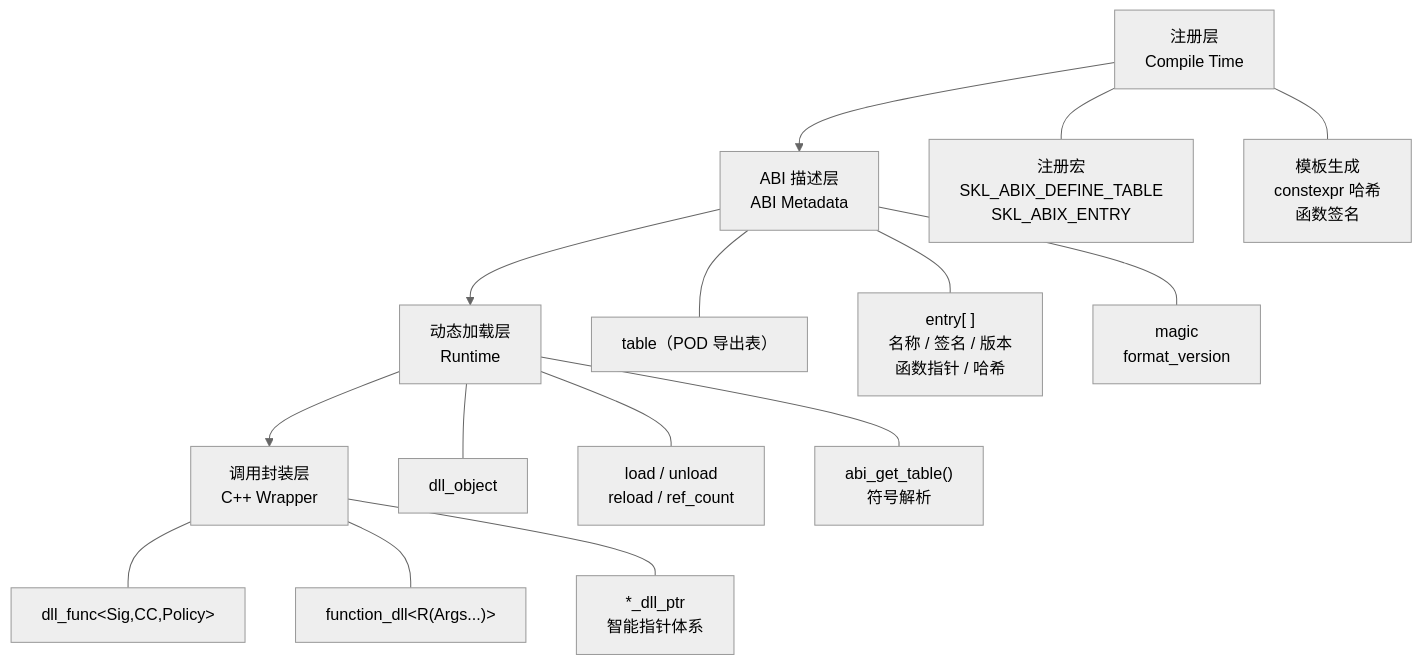
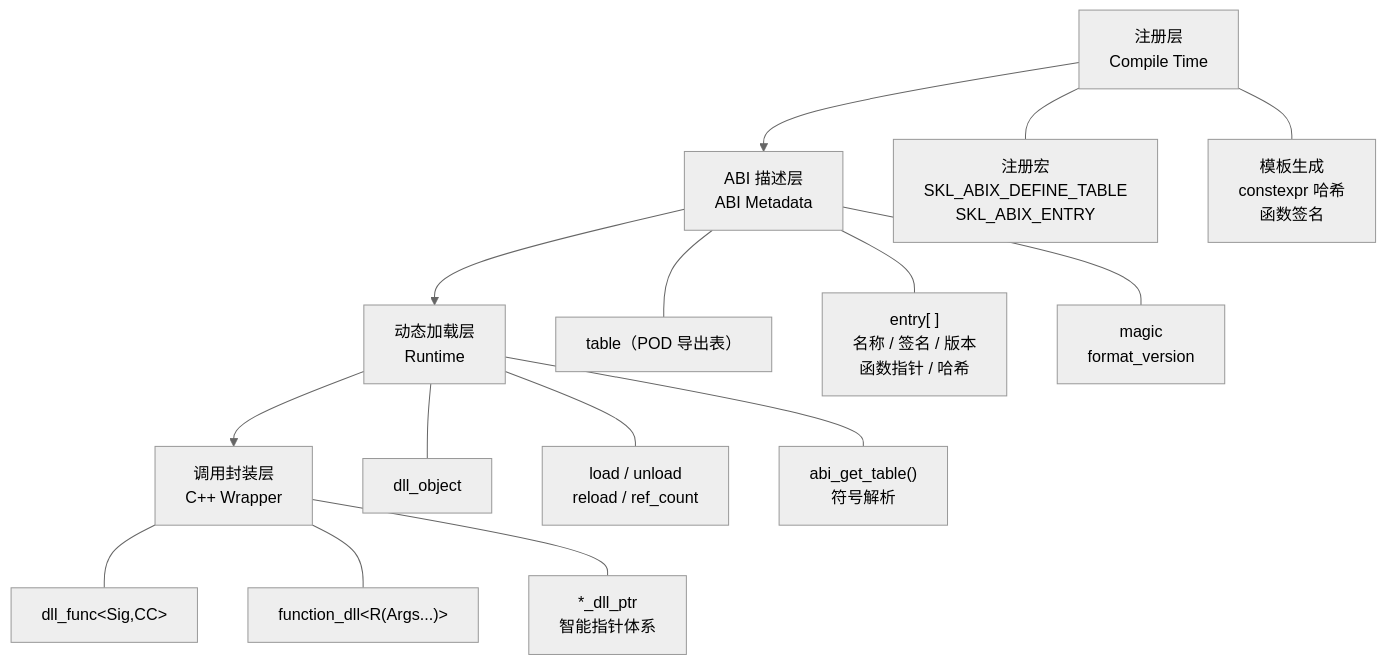
One commit to Sukanle/ABIX changed the diagram in doc/api_zh_CN.md. Above: the diagram before and after it, drawn with Mermaid (neutral theme). The commit also changed other lines of this file and 57 other files, not shown here.

````diff
--- a/doc/api_zh_CN.md
+++ b/doc/api_zh_CN.md
@@ -9,36 +9,36 @@
 ```mermaid
 flowchart TB
 
     A["注册层<br/>Compile Time"]
 
     B["ABI 描述层<br/>ABI Metadata"]
 
     C["动态加载层<br/>Runtime"]
 
     D["调用封装层<br/>C++ Wrapper"]
 
     A --> B --> C --> D
 
 
     A --- A1["注册宏<br/>SKL_ABIX_DEFINE_TABLE<br/>SKL_ABIX_ENTRY"]
 
     A --- A2["模板生成<br/>constexpr 哈希<br/>函数签名"]
 
     B --- B1["table（POD 导出表）"]
 
     B --- B2["entry[ ]<br/>名称 / 签名 / 版本<br/>函数指针 / 哈希"]
 
     B --- B3["magic<br/>format_version"]
 
     C --- C1["dll_object"]
 
     C --- C2["load / unload<br/>reload / ref_count"]
 
     C --- C3["abi_get_table()<br/>符号解析"]
 
-    D --- D1["dll_func&lt;Sig,CC,Policy&gt;"]
+    D --- D1["dll_func&lt;Sig,CC&gt;"]
 
     D --- D2["function_dll&lt;R(Args...)&gt;"]
 
     D --- D3["*_dll_ptr<br/>智能指针体系"]
 ```
````
